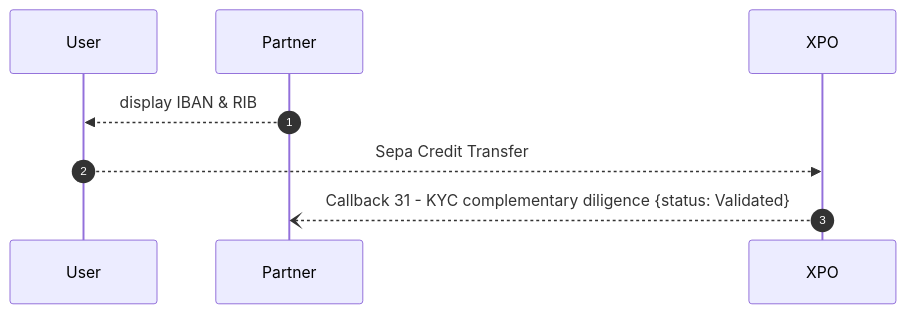
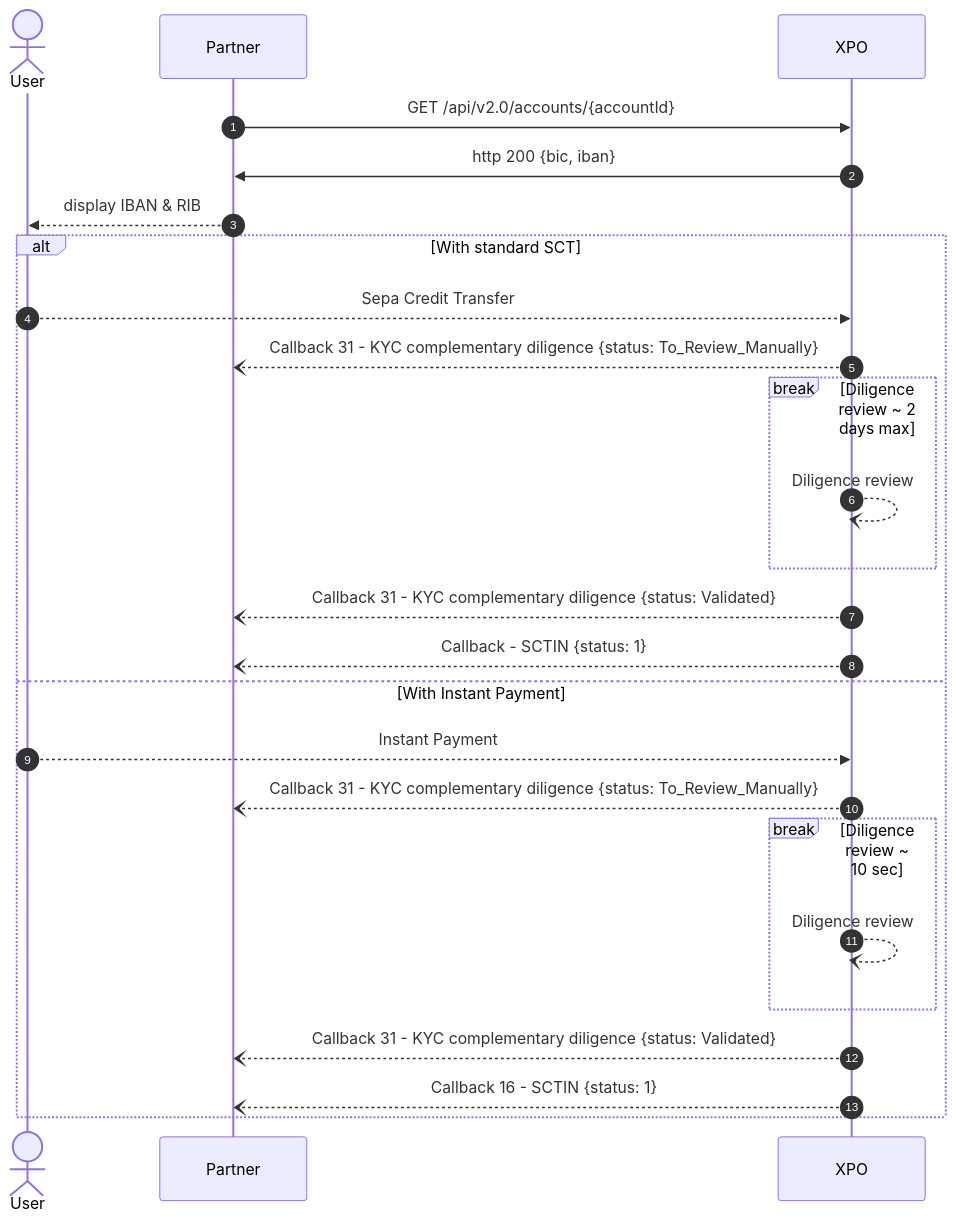
Before and after one commit to pomme-clic/s-money-documentation: the seventh of 11 diagrams in docs/usecases/users/onboarding/1_kyc/1_netheos.md, drawn with Mermaid. The commit also changed other lines of this file, not shown here.

First line of the commit message:
Update Netheos KYC Use Case Documentation

````diff
--- a/docs/usecases/users/onboarding/1_kyc/1_netheos.md
+++ b/docs/usecases/users/onboarding/1_kyc/1_netheos.md
@@ -380,12 +352,31 @@
 ```mermaid
 sequenceDiagram
 autoNumber
-Participant User
+Actor User
 Participant Partner
 Participant XPO
+		Partner ->> XPO: GET /api/v2.0/accounts/{accountId}
+		XPO ->> Partner :http 200 {bic, iban}
+    Partner -->> User: display IBAN & RIB
 
-	Partner -->> User: display IBAN & RIB
+alt With standard SCT
 	User -->> XPO: Sepa Credit Transfer
+		XPO --) Partner : Callback 31 - KYC complementary diligence {status: To_Review_Manually}
+		break Diligence review ~ 2 days max
+				XPO --) XPO : Diligence review
+		end
+    XPO --) Partner : Callback 31 - KYC complementary diligence {status: Validated}
+    XPO --) Partner : Callback  - SCTIN {status: 1}
+	
+else With Instant Payment
+	  User -->> XPO: Instant Payment
+    XPO --) Partner : Callback 31 - KYC complementary diligence {status: To_Review_Manually}
+		break Diligence review ~ 10 sec
+				XPO --) XPO : Diligence review
+		end
 	XPO --) Partner : Callback 31 - KYC complementary diligence {status: Validated}
+    XPO --) Partner : Callback 16 - SCTIN {status: 1}
+end
+
 
 ```
````
